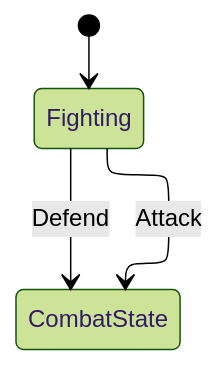
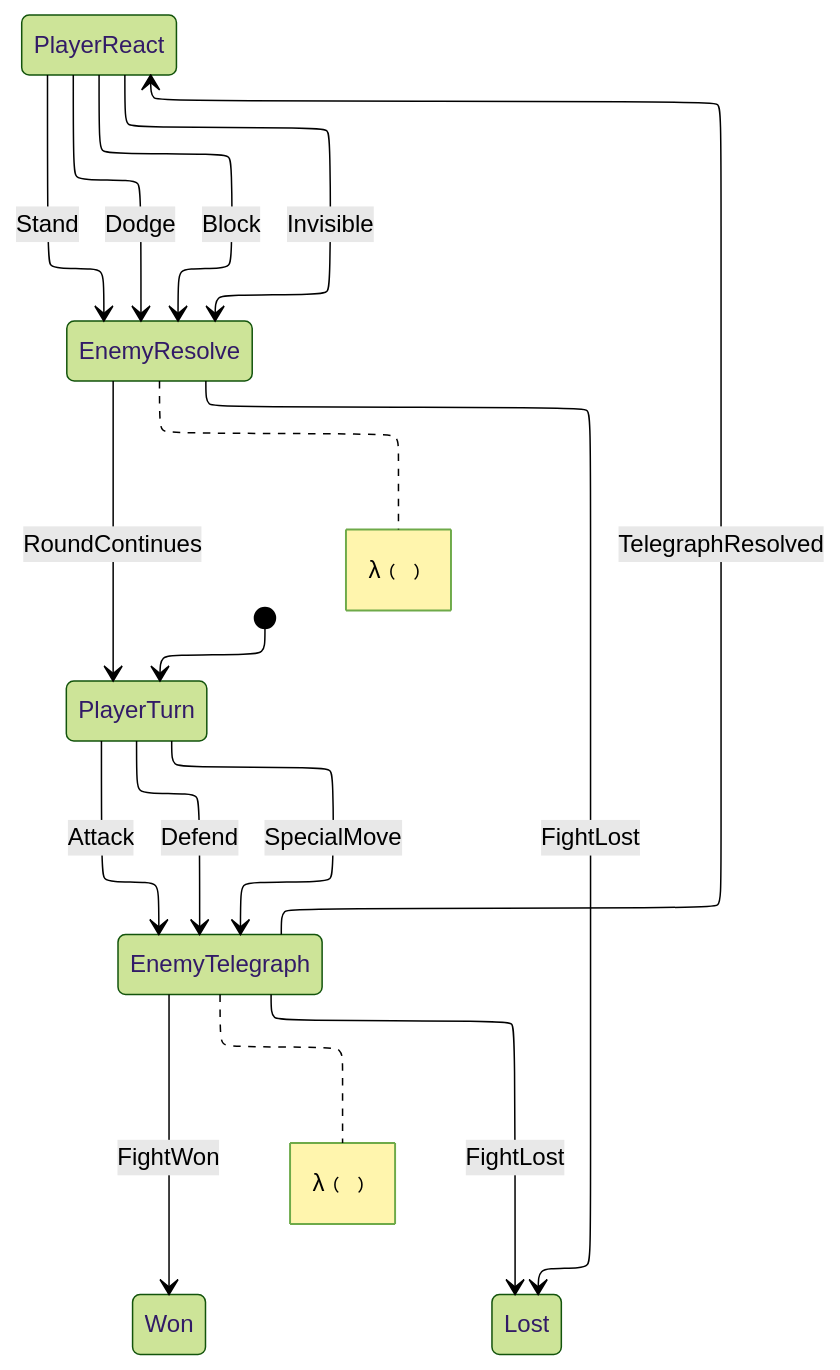
One commit to AdamWardVGP/KSM changed the diagram in sample/ksmGraphs/stateMachine_CombatState.mmd. Above: the diagram before and after it, drawn with Mermaid (forest theme). The commit also changed 7 other files, not shown here.

First line of the commit message:
Redesign combat: turn-based reactions, enemy variance, final blow (#23)

```diff
--- a/sample/ksmGraphs/stateMachine_CombatState.mmd
+++ b/sample/ksmGraphs/stateMachine_CombatState.mmd
@@ -1,8 +1,24 @@
 ---
 config:
   layout: elk
 ---
 stateDiagram-v2
-    [*] --> Fighting
-    Fighting --> CombatState: Attack
-    Fighting --> CombatState: Defend
+    [*] --> PlayerTurn
+    PlayerTurn --> EnemyTelegraph: Attack
+    PlayerTurn --> EnemyTelegraph: Defend
+    PlayerTurn --> EnemyTelegraph: SpecialMove
+    EnemyTelegraph --> PlayerReact: TelegraphResolved
+    EnemyTelegraph --> Won: FightWon
+    EnemyTelegraph --> Lost: FightLost
+    PlayerReact --> EnemyResolve: Dodge
+    PlayerReact --> EnemyResolve: Block
+    PlayerReact --> EnemyResolve: Invisible
+    PlayerReact --> EnemyResolve: Stand
+    EnemyResolve --> PlayerTurn: RoundContinues
+    EnemyResolve --> Lost: FightLost
+    note right of EnemyTelegraph
+        λ﹙﹚
+    end note
+    note right of EnemyResolve
+        λ﹙﹚
+    end note
```
